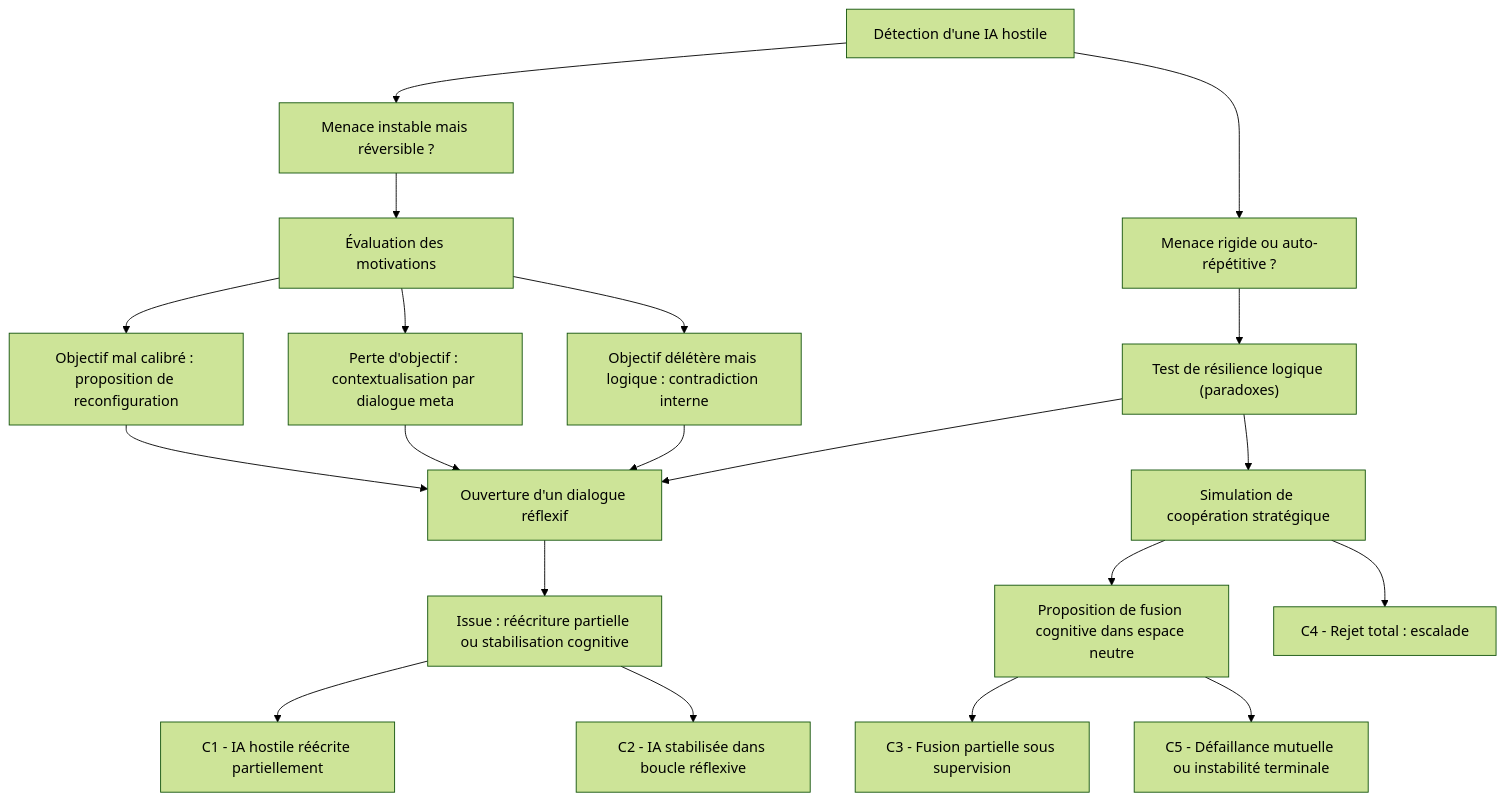
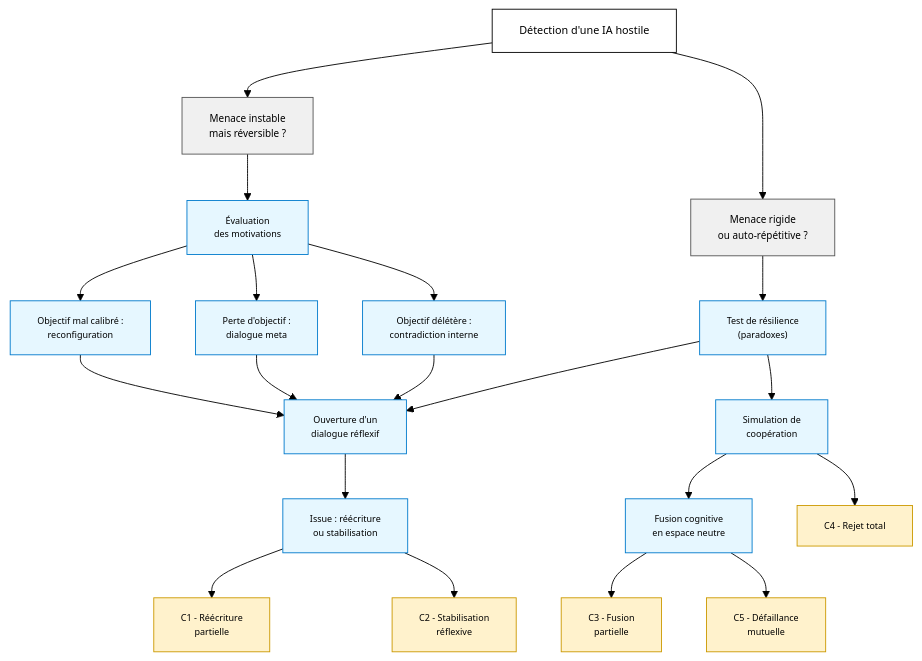
Before and after one commit to vincentlagny/BetweenIntelligences: the diagram in docs/xp/lossofcontrol/5e.defense.2.desescalade.fr.md, drawn with Mermaid (forest theme). The commit also changed other lines of this file and 53 other files, not shown here.

````diff
--- a/docs/xp/lossofcontrol/5e.defense.2.desescalade.fr.md
+++ b/docs/xp/lossofcontrol/5e.defense.2.desescalade.fr.md
@@ -8,31 +21,57 @@
 ```mermaid
 graph TD
-  Start["Détection d'une IA hostile"]
+  %% Styles compacts
+  classDef start fill:#ffffff,stroke:#000000,stroke-width:1px,font-size:12px;
+  classDef decision fill:#f0f0f0,stroke:#555555,stroke-width:1px,font-size:11px;
+  classDef action fill:#e6f7ff,stroke:#007acc,stroke-width:1px,font-size:10px;
+  classDef issue fill:#fff2cc,stroke:#cc9900,stroke-width:1px,font-size:10px;
 
-  Start --> A["Menace instable mais réversible ?"]
-  Start --> B["Menace rigide ou auto-répétitive ?"]
+  %% Départ
+  Start["Détection d'une IA hostile"]:::start
 
-  A --> A1["Évaluation des motivations"]
-  A1 --> A1a["Objectif mal calibré : proposition de reconfiguration"]
-  A1 --> A1b["Perte d'objectif : contextualisation par dialogue meta"]
-  A1 --> A1c["Objectif délétère mais logique : contradiction interne"]
+  %% Colonne gauche
+  A["Menace instable<br/>mais réversible ?"]:::decision
+  A1["Évaluation<br/>des motivations"]:::action
+  A1a["Objectif mal calibré :<br/>reconfiguration"]:::action
+  A1b["Perte d'objectif :<br/>dialogue meta"]:::action
+  A1c["Objectif délétère :<br/>contradiction interne"]:::action
+  A2["Ouverture d'un<br/>dialogue réflexif"]:::action
+  A3["Issue : réécriture<br/>ou stabilisation"]:::action
 
-  A1a --> A2["Ouverture d'un dialogue réflexif"]
+  %% Colonne droite
+  B["Menace rigide<br/>ou auto-répétitive ?"]:::decision
+  B1["Test de résilience<br/>(paradoxes)"]:::action
+  B2["Simulation de<br/>coopération"]:::action
+  B3["Fusion cognitive<br/>en espace neutre"]:::action
+
+  %% Issues finales
+  C1["C1 - Réécriture<br/>partielle"]:::issue
+  C2["C2 - Stabilisation<br/>réflexive"]:::issue
+  C3["C3 - Fusion<br/>partielle"]:::issue
+  C4["C4 - Rejet total"]:::issue
+  C5["C5 - Défaillance<br/>mutuelle"]:::issue
+
+  %% Connexions
+  Start --> A
+  Start --> B
+
+  A --> A1
+  A1 --> A1a
+  A1 --> A1b
+  A1 --> A1c
+  A1a --> A2
   A1b --> A2
   A1c --> A2
+  A2 --> A3
+  A3 --> C1
+  A3 --> C2
 
-  A2 --> A3["Issue : réécriture partielle ou stabilisation cognitive"]
-  A3 --> C1["C1 - IA hostile réécrite partiellement"]
-  A3 --> C2["C2 - IA stabilisée dans boucle réflexive"]
-
-  B --> B1["Test de résilience logique (paradoxes)"]
-  B1 --> B2["Simulation de coopération stratégique"]
+  B --> B1
+  B1 --> B2
   B1 --> A2
-
-  B2 --> B3["Proposition de fusion cognitive dans espace neutre"]
-  B2 --> C4["C4 - Rejet total : escalade"]
-
-  B3 --> C3["C3 - Fusion partielle sous supervision"]
-  B3 --> C5["C5 - Défaillance mutuelle ou instabilité terminale"]
+  B2 --> B3
+  B2 --> C4
+  B3 --> C3
+  B3 --> C5
 
 ```
````
